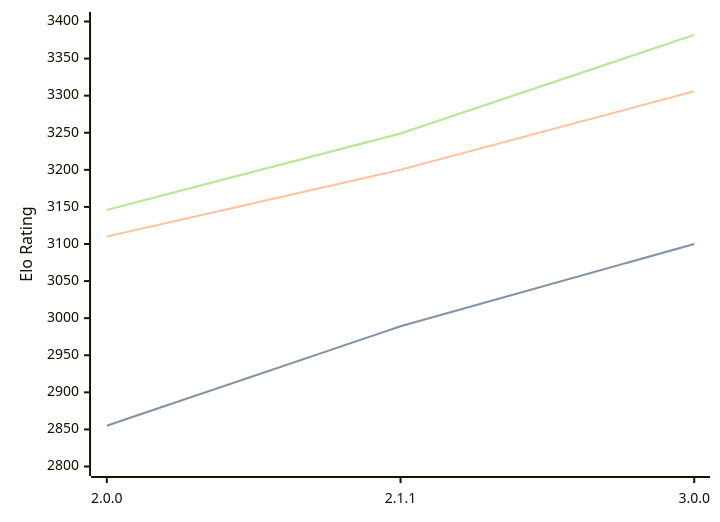
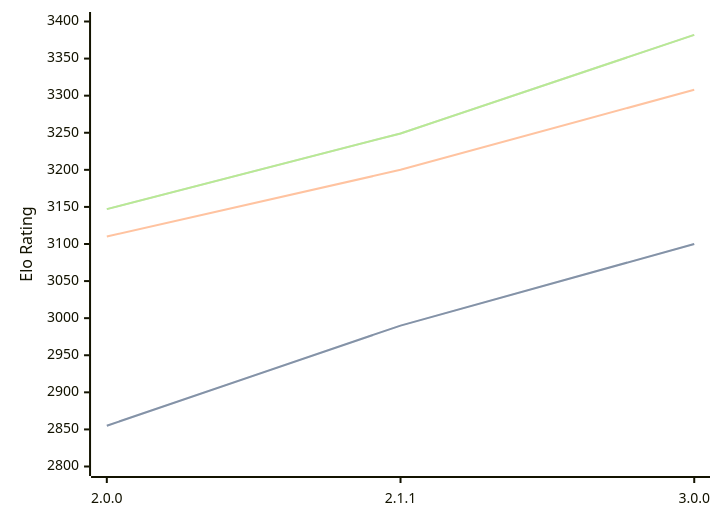
One commit to computer-chess-index/cci changed the diagram in engines/Bread.md. Above: the diagram before and after it, drawn with Mermaid. The commit also changed other lines of this file, not shown here.

Commit message:
Update CCI Ratings (ELO VLTC) - 2026-08-20

````diff
--- a/engines/Bread.md
+++ b/engines/Bread.md
@@ -36,11 +36,11 @@
 ```mermaid
 %%{init: {"theme":"base","themeVariables":{"seriesColors:['#a3a3a3','#222221','#faa371']}}}%%
 xychart-beta
   x-axis ["2.0.0", "2.1.1", "3.0.0"]
   y-axis "Elo Rating" 2800 --> 3400
-  line "STC (8.0+0.08s)" [2855, 2989, 3100]
-  line "STC (8.0+0.08s)" [2855, 2989, 3100]
-  line "LTC (60.0+0.60s)" [3110, 3200, 3306]
-  line "VLTC (2m24s+1.12s)" [3146, 3249, 3382]
-  line "VLTC (2m24s+1.12s)" [3146, 3249, 3382]
+  line "STC (8.0+0.08s)" [2855, 2990, 3100]
+  line "STC (8.0+0.08s)" [2855, 2990, 3100]
+  line "LTC (60.0+0.60s)" [3110, 3200, 3308]
+  line "VLTC (2m24s+1.12s)" [3147, 3249, 3382]
+  line "VLTC (2m24s+1.12s)" [3147, 3249, 3382]
 ```
````
